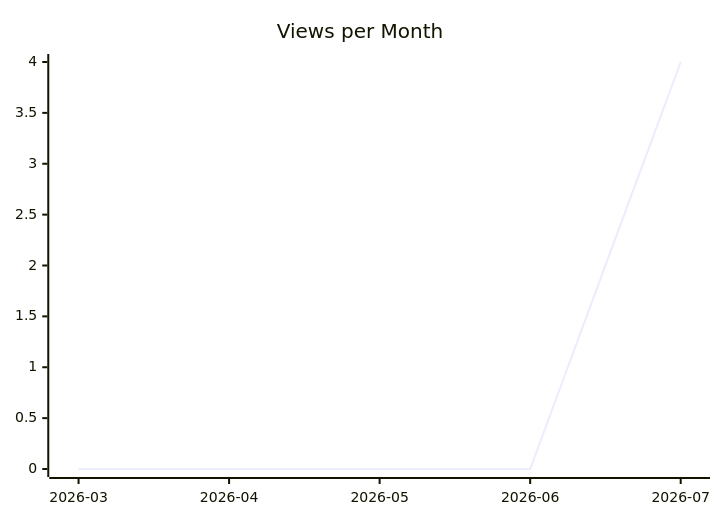
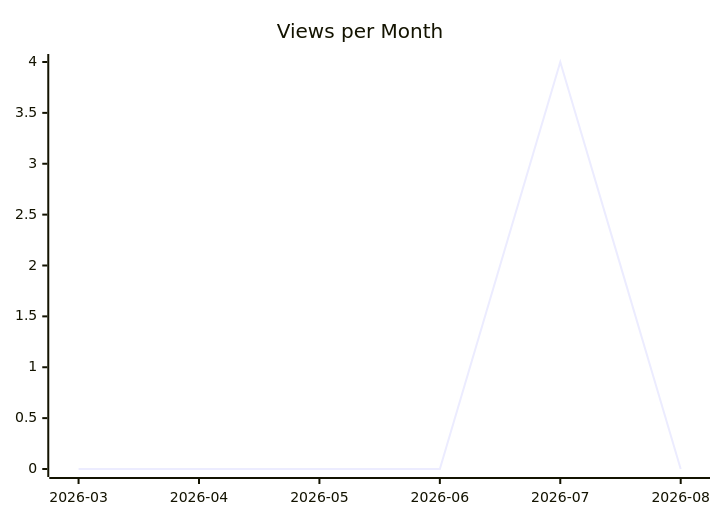
The second of 3 diagrams in karlmdavis/ansible-jenkins/README.md (justdavis-family/github-analytics-data), drawn with Mermaid before and after one commit. The commit also changed other lines of this file and 132 other files, not shown here.

````diff
--- a/karlmdavis/ansible-jenkins/README.md
+++ b/karlmdavis/ansible-jenkins/README.md
@@ -12,6 +12,6 @@
 ```mermaid
 xychart-beta
   title "Views per Month"
-  x-axis ["2026-03", "2026-04", "2026-05", "2026-06", "2026-07"]
-  line [0, 0, 0, 0, 4]
+  x-axis ["2026-03", "2026-04", "2026-05", "2026-06", "2026-07", "2026-08"]
+  line [0, 0, 0, 0, 4, 0]
 ```
````
